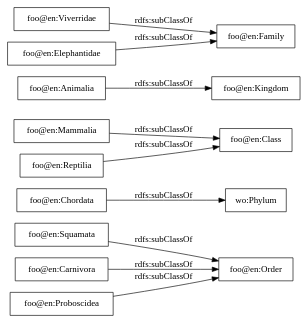
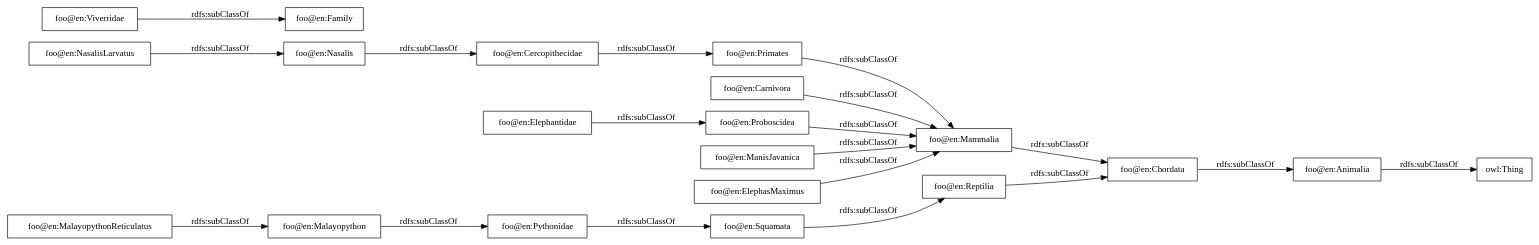
One commit to Naeima/foo_html changed the diagram in OnToology/doc.ttl/diagrams/ar2dtool-taxonomy/doc.ttl.png.dot. Above: the diagram before and after it, drawn with Graphviz. The commit also changed 13 other files, not shown here.

```diff
--- a/OnToology/doc.ttl/diagrams/ar2dtool-taxonomy/doc.ttl.png.dot
+++ b/OnToology/doc.ttl/diagrams/ar2dtool-taxonomy/doc.ttl.png.dot
@@ -1,15 +1,24 @@
 digraph ar2dtool_diagram { 
 rankdir=LR;
 size="1000"
-node [shape = rectangle, color="black"]; "foo@en:Squamata" "wo:Phylum" "foo@en:Mammalia" "foo@en:Animalia" "foo@en:Carnivora" "foo@en:Viverridae" "foo@en:Elephantidae" "foo@en:Reptilia" "foo@en:Chordata" "foo@en:Proboscidea" ; /*classes style*/
-	"foo@en:Reptilia" -> "foo@en:Class" [ label = "rdfs:subClassOf" ];
-	"foo@en:Chordata" -> "wo:Phylum" [ label = "rdfs:subClassOf" ];
-	"foo@en:Squamata" -> "foo@en:Order" [ label = "rdfs:subClassOf" ];
-	"foo@en:Proboscidea" -> "foo@en:Order" [ label = "rdfs:subClassOf" ];
-	"foo@en:Elephantidae" -> "foo@en:Family" [ label = "rdfs:subClassOf" ];
+node [shape = rectangle, color="black"]; "foo@en:Squamata" "foo@en:Mammalia" "foo@en:Animalia" "foo@en:Primates" "foo@en:Carnivora" "foo@en:Viverridae" "foo@en:Elephantidae" "foo@en:Reptilia" "foo@en:Proboscidea" "foo@en:Chordata" ; /*classes style*/
+	"foo@en:Cercopithecidae" -> "foo@en:Primates" [ label = "rdfs:subClassOf" ];
+	"foo@en:Chordata" -> "foo@en:Animalia" [ label = "rdfs:subClassOf" ];
+	"foo@en:Squamata" -> "foo@en:Reptilia" [ label = "rdfs:subClassOf" ];
+	"foo@en:Elephantidae" -> "foo@en:Proboscidea" [ label = "rdfs:subClassOf" ];
+	"foo@en:Proboscidea" -> "foo@en:Mammalia" [ label = "rdfs:subClassOf" ];
+	"foo@en:Reptilia" -> "foo@en:Chordata" [ label = "rdfs:subClassOf" ];
+	"foo@en:ManisJavanica" -> "foo@en:Mammalia" [ label = "rdfs:subClassOf" ];
+	"foo@en:Nasalis" -> "foo@en:Cercopithecidae" [ label = "rdfs:subClassOf" ];
 	"foo@en:Viverridae" -> "foo@en:Family" [ label = "rdfs:subClassOf" ];
-	"foo@en:Carnivora" -> "foo@en:Order" [ label = "rdfs:subClassOf" ];
-	"foo@en:Animalia" -> "foo@en:Kingdom" [ label = "rdfs:subClassOf" ];
-	"foo@en:Mammalia" -> "foo@en:Class" [ label = "rdfs:subClassOf" ];
+	"foo@en:ElephasMaximus" -> "foo@en:Mammalia" [ label = "rdfs:subClassOf" ];
+	"foo@en:Animalia" -> "owl:Thing" [ label = "rdfs:subClassOf" ];
+	"foo@en:Malayopython" -> "foo@en:Pythonidae" [ label = "rdfs:subClassOf" ];
+	"foo@en:Carnivora" -> "foo@en:Mammalia" [ label = "rdfs:subClassOf" ];
+	"foo@en:Mammalia" -> "foo@en:Chordata" [ label = "rdfs:subClassOf" ];
+	"foo@en:MalayopythonReticulatus" -> "foo@en:Malayopython" [ label = "rdfs:subClassOf" ];
+	"foo@en:Pythonidae" -> "foo@en:Squamata" [ label = "rdfs:subClassOf" ];
+	"foo@en:Primates" -> "foo@en:Mammalia" [ label = "rdfs:subClassOf" ];
+	"foo@en:NasalisLarvatus" -> "foo@en:Nasalis" [ label = "rdfs:subClassOf" ];
 
 }
```
